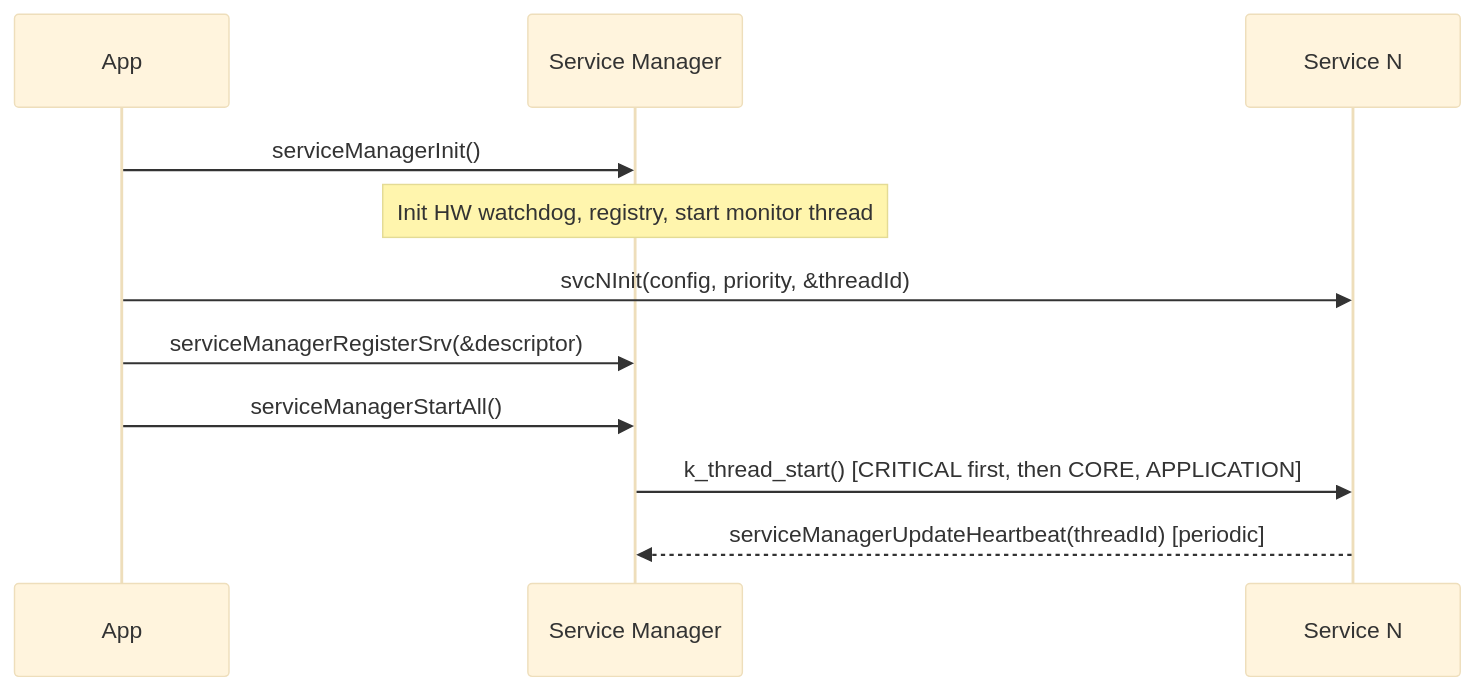
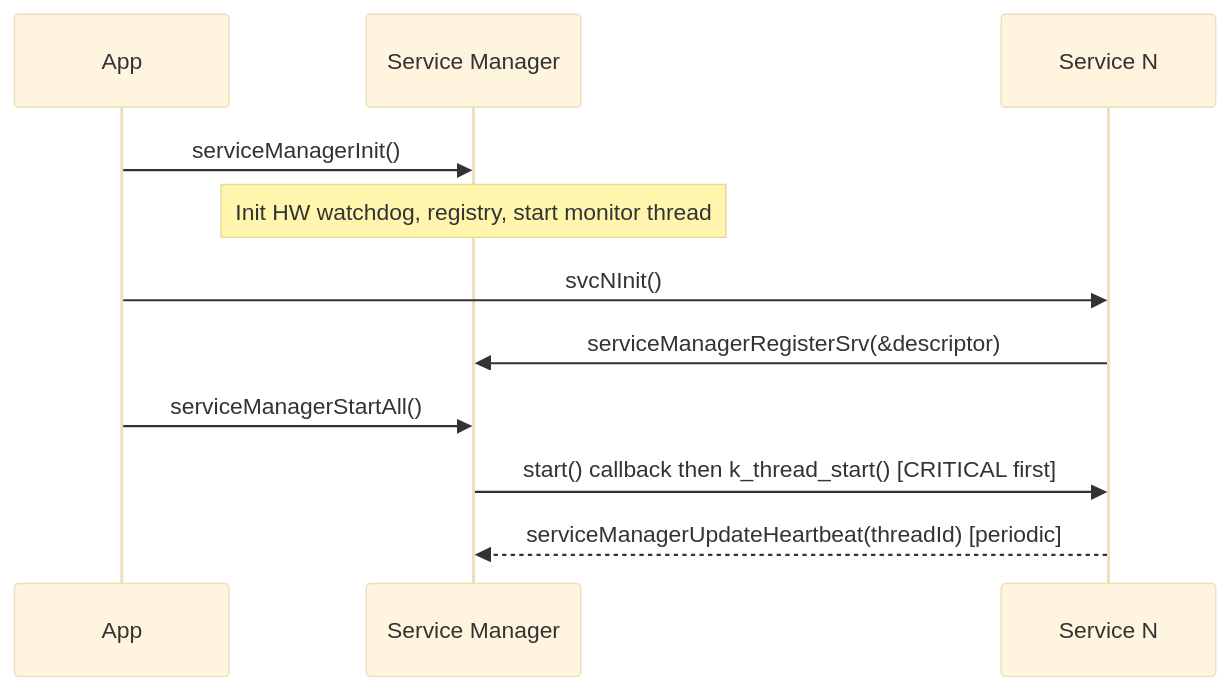
One commit to Electronya/embedded-services changed the second of 2 diagrams in src/serviceManager/README.md. Above: the diagram before and after it, drawn with Mermaid (base theme). The commit also changed other lines of this file, not shown here.

Commit message:
making sure the service manager readme is up to date

````diff
--- a/src/serviceManager/README.md
+++ b/src/serviceManager/README.md
@@ -46,14 +46,14 @@
 ```mermaid
 sequenceDiagram
     participant App
     participant SvcMgr as Service Manager
     participant Svc as Service N
 
     App->>SvcMgr: serviceManagerInit()
     Note over SvcMgr: Init HW watchdog, registry, start monitor thread
-    App->>Svc: svcNInit(config, priority, &threadId)
-    App->>SvcMgr: serviceManagerRegisterSrv(&descriptor)
+    App->>Svc: svcNInit()
+    Svc->>SvcMgr: serviceManagerRegisterSrv(&descriptor)
     App->>SvcMgr: serviceManagerStartAll()
-    SvcMgr->>Svc: k_thread_start() [CRITICAL first, then CORE, APPLICATION]
+    SvcMgr->>Svc: start() callback then k_thread_start() [CRITICAL first]
     Svc-->>SvcMgr: serviceManagerUpdateHeartbeat(threadId) [periodic]
 ```
````
